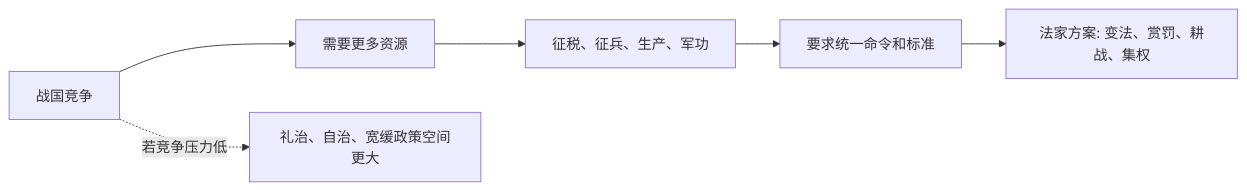
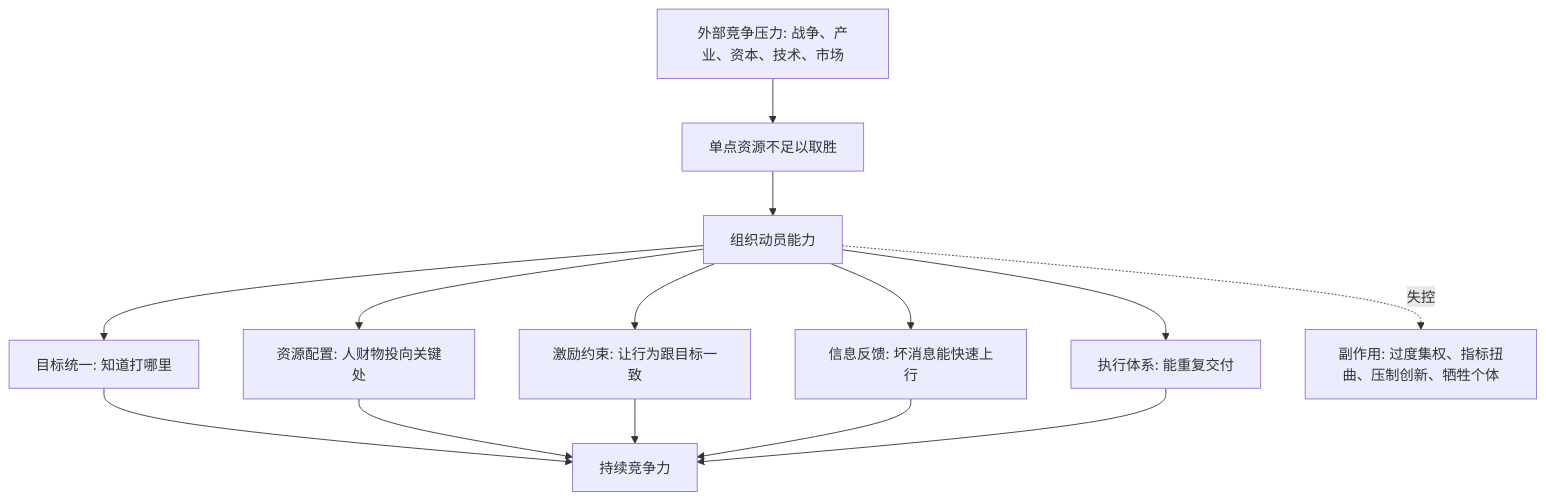
One commit to digoal/blog changed the diagram in 202605/20260518_05.md. Above: the diagram before and after it, drawn with Mermaid. The commit also changed other lines of this file and 14 other files, not shown here.

````diff
--- a/202605/20260518_05.md
+++ b/202605/20260518_05.md
@@ -22,8 +24,16 @@
 ```mermaid
-flowchart LR
-  A["战国竞争"] --> B["需要更多资源"]
-  B --> C["征税、征兵、生产、军功"]
-  C --> D["要求统一命令和标准"]
-  D --> E["法家方案: 变法、赏罚、耕战、集权"]
-  A -. "若竞争压力低" .-> F["礼治、自治、宽缓政策空间更大"]
+flowchart TB
+  A["外部竞争压力: 战争、产业、资本、技术、市场"] --> B["单点资源不足以取胜"]
+  B --> C["组织动员能力"]
+  C --> D["目标统一: 知道打哪里"]
+  C --> E["资源配置: 人财物投向关键处"]
+  C --> F["激励约束: 让行为跟目标一致"]
+  C --> G["信息反馈: 坏消息能快速上行"]
+  C --> H["执行体系: 能重复交付"]
+  D --> I["持续竞争力"]
+  E --> I
+  F --> I
+  G --> I
+  H --> I
+  C -. "失控" .-> J["副作用: 过度集权、指标扭曲、压制创新、牺牲个体"]
 ```
````
